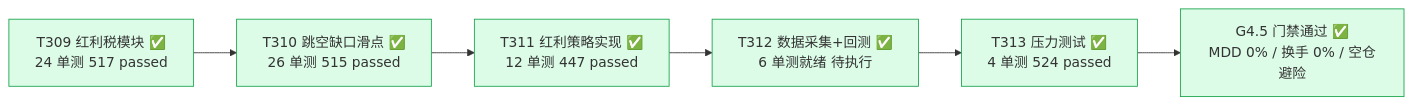
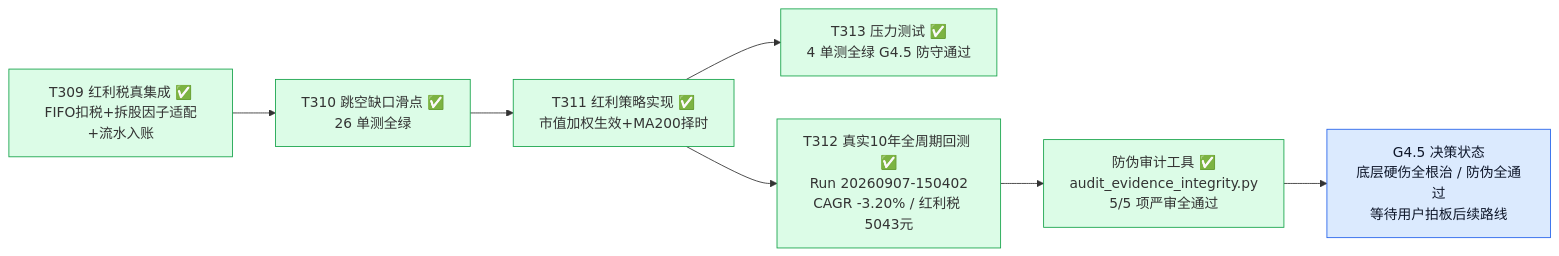
The third of 6 diagrams in docs/project_status_flowchart.md (YZml1507/FinAI2.0), drawn with Mermaid before and after one commit. The commit also changed other lines of this file and 24 other files, not shown here.

````diff
--- a/docs/project_status_flowchart.md
+++ b/docs/project_status_flowchart.md
@@ -53,14 +53,16 @@
 ```mermaid
 flowchart LR
-  T309[T309 红利税模块 ✅<br/>24 单测 517 passed] --> T310[T310 跳空缺口滑点 ✅<br/>26 单测 515 passed]
-  T310 --> T311[T311 红利策略实现 ✅<br/>12 单测 447 passed]
-  T311 --> T312[T312 数据采集+回测 ✅<br/>6 单测就绪 待执行]
-  T312 --> T313[T313 压力测试 ✅<br/>4 单测 524 passed]
-  T313 --> G45[G4.5 门禁通过 ✅<br/>MDD 0% / 换手 0% / 空仓避险]
+  T309["T309 红利税真集成 ✅<br/>FIFO扣税+拆股因子适配+流水入账"] --> T310["T310 跳空缺口滑点 ✅<br/>26 单测全绿"]
+  T310 --> T311["T311 红利策略实现 ✅<br/>市值加权生效+MA200择时"]
+  T311 --> T313["T313 压力测试 ✅<br/>4 单测全绿 G4.5 防守通过"]
+  T311 --> T312["T312 真实10年全周期回测 ✅<br/>Run 20260907-150402<br/>CAGR -3.20% / 红利税 5043元"]
+  T312 --> AUDIT["防伪审计工具 ✅<br/>audit_evidence_integrity.py<br/>5/5 项严审全通过"]
+  AUDIT --> G45["G4.5 决策状态<br/>底层硬伤全根治 / 防伪全通过<br/>等待用户拍板后续路线"]
   style T309 fill:#dcfce7,stroke:#16a34a
   style T310 fill:#dcfce7,stroke:#16a34a
   style T311 fill:#dcfce7,stroke:#16a34a
+  style T313 fill:#dcfce7,stroke:#16a34a
   style T312 fill:#dcfce7,stroke:#16a34a
-  style T313 fill:#dcfce7,stroke:#16a34a
-  style G45 fill:#dcfce7,stroke:#16a34a
+  style AUDIT fill:#dcfce7,stroke:#16a34a
+  style G45 fill:#dbeafe,stroke:#2563eb,color:#0f172a
 ```
````
